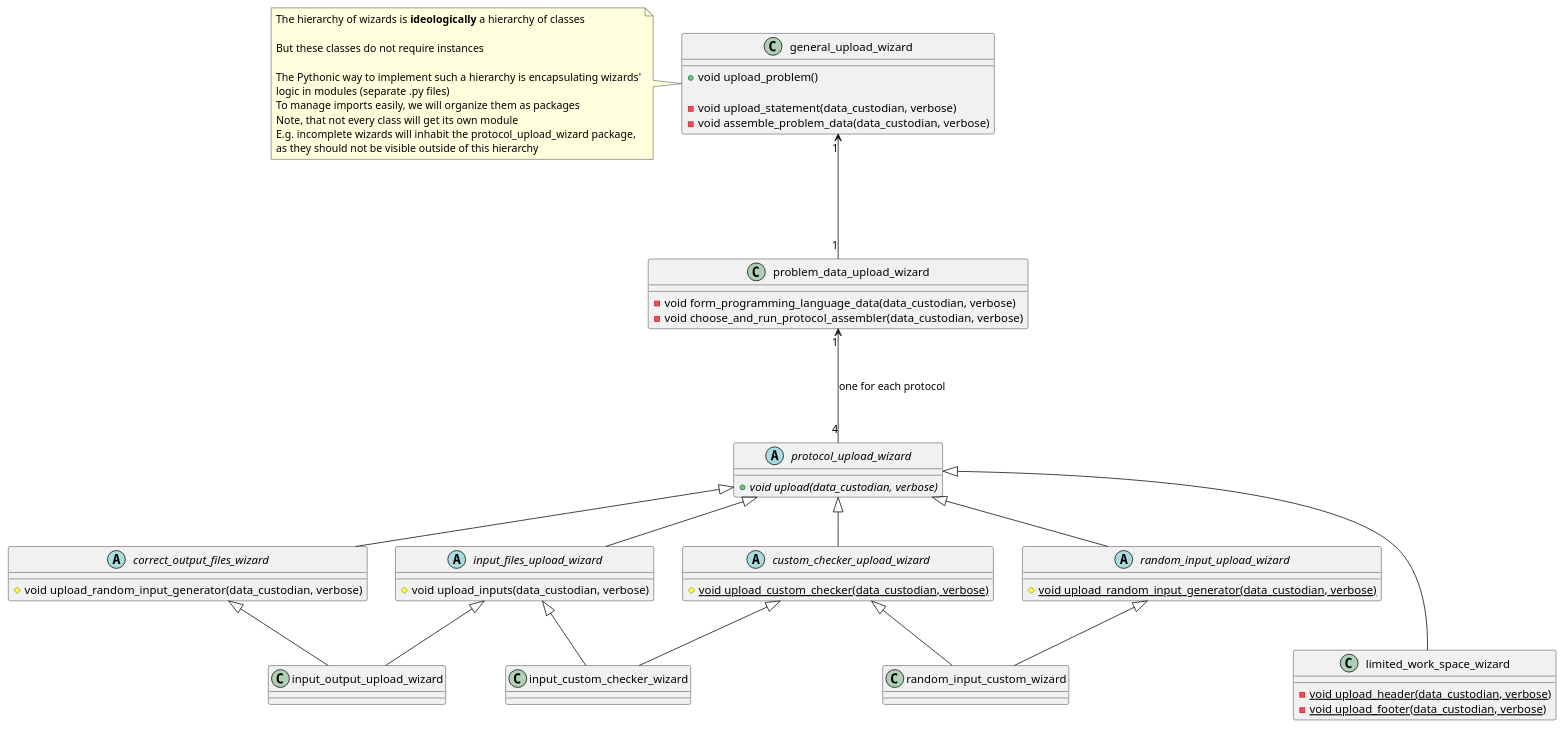
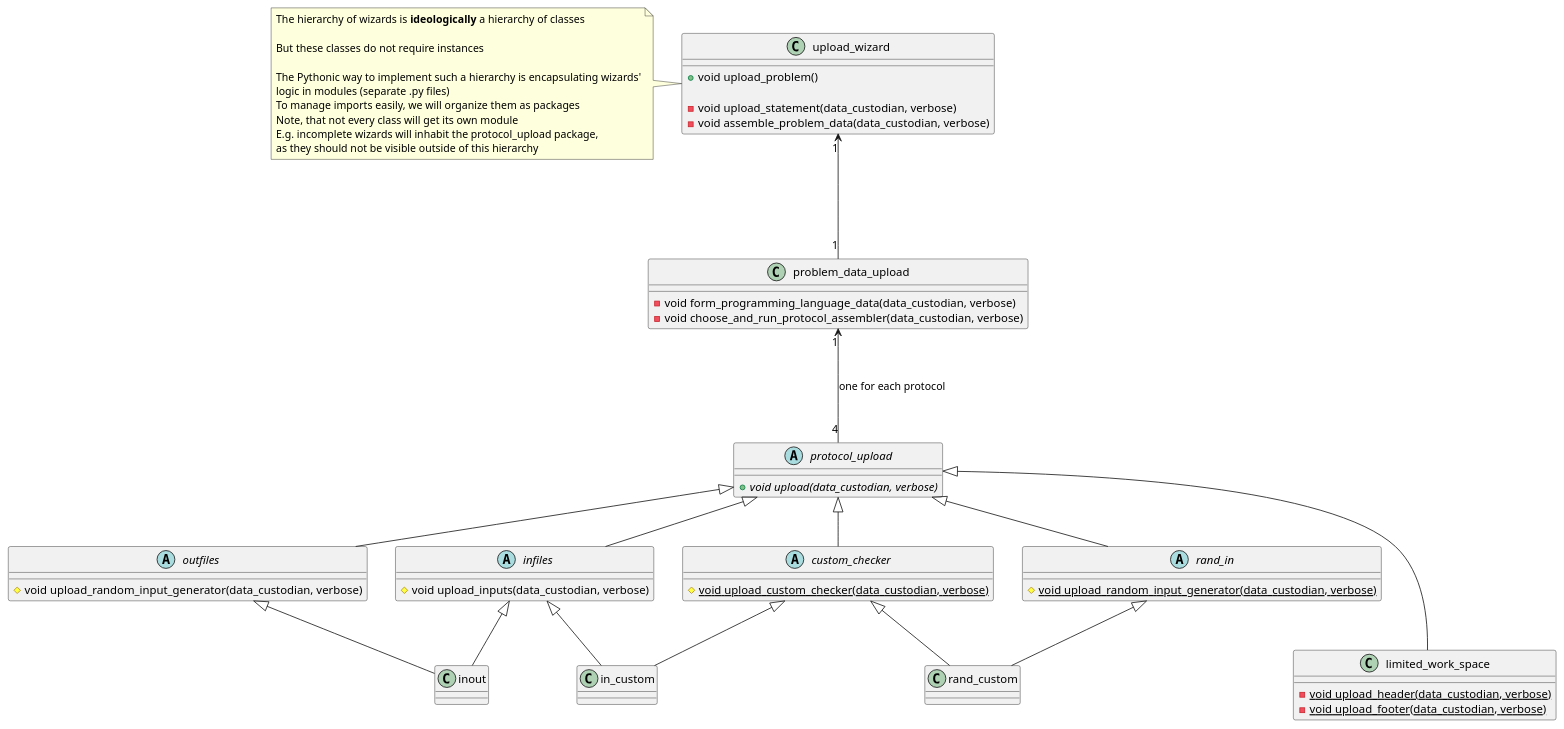
One commit to IgorZhiltsoff/TPy_project changed the diagram in Interface/CmdLineIF/UploadProblemAsTeacher/Class_UploadProblemAsTeacher.puml. Above: the diagram before and after it, drawn with PlantUML. The commit also changed 15 other files, not shown here.

Commit message:
managed UploadProblemAsTeacher structure

```diff
--- a/Interface/CmdLineIF/UploadProblemAsTeacher/Class_UploadProblemAsTeacher.puml
+++ b/Interface/CmdLineIF/UploadProblemAsTeacher/Class_UploadProblemAsTeacher.puml
@@ -1,83 +1,83 @@
 @startuml
 'https://plantuml.com/class-diagram
 
 ' ========================== GENERAL =========================
 
-class general_upload_wizard {
+class upload_wizard {
     +void upload_problem()
 
     -void upload_statement(data_custodian, verbose)
     -void assemble_problem_data(data_custodian, verbose)
 }
 
-note left of general_upload_wizard
+note left of upload_wizard
 The hierarchy of wizards is **ideologically** a hierarchy of classes
 
 But these classes do not require instances
 
 The Pythonic way to implement such a hierarchy is encapsulating wizards'
 logic in modules (separate .py files)
 To manage imports easily, we will organize them as packages
 Note, that not every class will get its own module
-E.g. incomplete wizards will inhabit the protocol_upload_wizard package,
+E.g. incomplete wizards will inhabit the protocol_upload package,
 as they should not be visible outside of this hierarchy
 end note
 
-class problem_data_upload_wizard {
+class problem_data_upload {
     -void form_programming_language_data(data_custodian, verbose)
     -void choose_and_run_protocol_assembler(data_custodian, verbose)
 }
-general_upload_wizard "1" <--- "1" problem_data_upload_wizard
+upload_wizard "1" <--- "1" problem_data_upload
 
 ' ========================== PROTOCOLS =========================
 
-abstract class protocol_upload_wizard {
+abstract class protocol_upload {
     +{abstract} void upload(data_custodian, verbose)
 }
-problem_data_upload_wizard "1" <--- "4" protocol_upload_wizard : one for each protocol
+problem_data_upload "1" <--- "4" protocol_upload : one for each protocol
 
 ' ========================== INCOMPLETE WIZARDS =========================
 
-abstract class input_files_upload_wizard {
+abstract class infiles {
     #void upload_inputs(data_custodian, verbose)
 }
 
-abstract class correct_output_files_wizard {
+abstract class outfiles {
     #void upload_random_input_generator(data_custodian, verbose)
 }
 
-abstract class custom_checker_upload_wizard {
+abstract class custom_checker {
     #{static} void upload_custom_checker(data_custodian, verbose)
 }
 
-abstract class random_input_upload_wizard {
+abstract class rand_in {
     #{static} void upload_random_input_generator(data_custodian, verbose)
 }
 
-protocol_upload_wizard <|-- input_files_upload_wizard
-protocol_upload_wizard <|-- correct_output_files_wizard
-protocol_upload_wizard <|-- custom_checker_upload_wizard
-protocol_upload_wizard <|-- random_input_upload_wizard
+protocol_upload <|-- infiles
+protocol_upload <|-- outfiles
+protocol_upload <|-- custom_checker
+protocol_upload <|-- rand_in
 
 ' ========================== COMPLETE WIZARDS =========================
 
 
-class input_output_upload_wizard
-input_files_upload_wizard <|-- input_output_upload_wizard
-correct_output_files_wizard <|-- input_output_upload_wizard
+class inout
+infiles <|-- inout
+outfiles <|-- inout
 
-class input_custom_checker_wizard
-input_files_upload_wizard <|-- input_custom_checker_wizard
-custom_checker_upload_wizard <|-- input_custom_checker_wizard
+class in_custom
+infiles <|-- in_custom
+custom_checker <|-- in_custom
 
-class random_input_custom_wizard
-random_input_upload_wizard <|-- random_input_custom_wizard
-custom_checker_upload_wizard <|-- random_input_custom_wizard
+class rand_custom
+rand_in <|-- rand_custom
+custom_checker <|-- rand_custom
 
-class limited_work_space_wizard {
+class limited_work_space {
     -{static} void upload_header(data_custodian, verbose)
     -{static} void upload_footer(data_custodian, verbose)
 }
-protocol_upload_wizard <|--- limited_work_space_wizard
+protocol_upload <|--- limited_work_space
 
 @enduml
```
